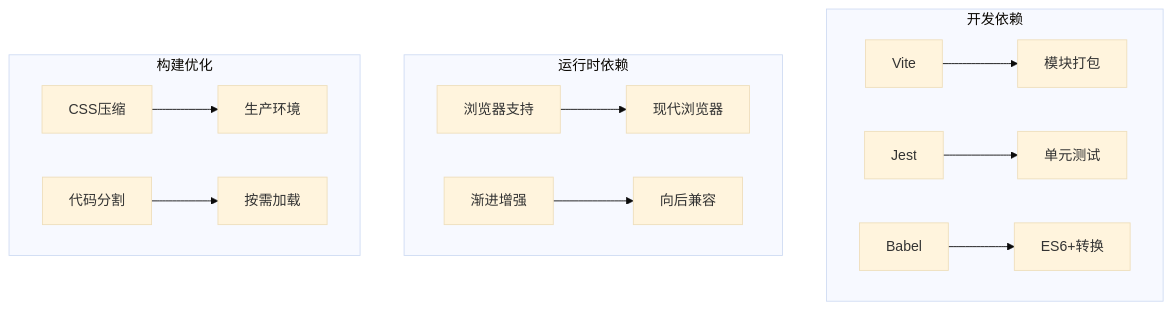
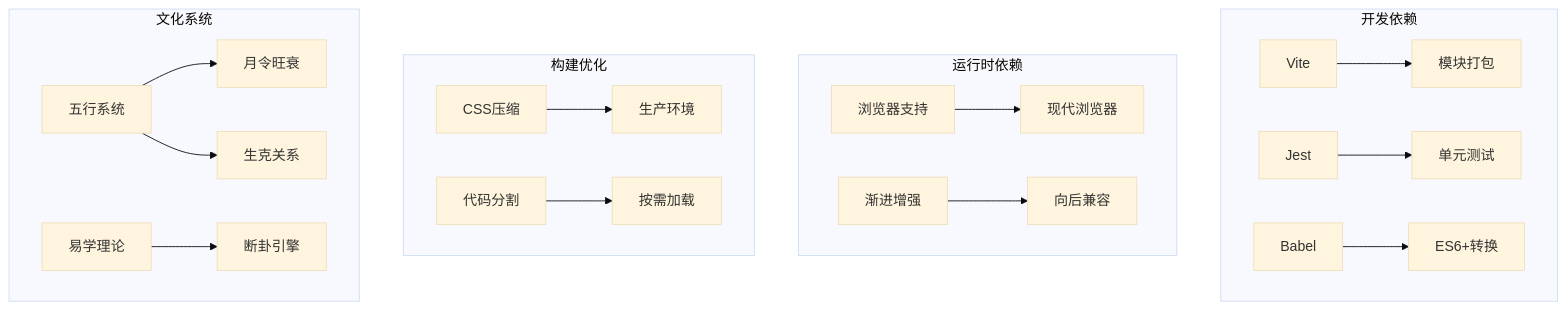
One commit to ghg618-ui/meihuayili-3.8 changed the ninth of 9 diagrams in .qoder/repowiki/zh/content/用户界面/样式与主题.md. Above: the diagram before and after it, drawn with Mermaid (base theme). The commit also changed other lines of this file and 6 other files, not shown here.

````diff
--- a/.qoder/repowiki/zh/content/用户界面/样式与主题.md
+++ b/.qoder/repowiki/zh/content/用户界面/样式与主题.md
@@ -244,16 +340,21 @@
 ```mermaid
 graph TB
 subgraph "开发依赖"
 A[Vite] --> B[模块打包]
 C[Jest] --> D[单元测试]
 E[Babel] --> F[ES6+转换]
 end
 subgraph "运行时依赖"
 G[浏览器支持] --> H[现代浏览器]
 I[渐进增强] --> J[向后兼容]
 end
 subgraph "构建优化"
 K[CSS压缩] --> L[生产环境]
 M[代码分割] --> N[按需加载]
 end
+subgraph "文化系统"
+O[五行系统] --> P[月令旺衰]
+O --> Q[生克关系]
+R[易学理论] --> S[断卦引擎]
+end
 ```
````
